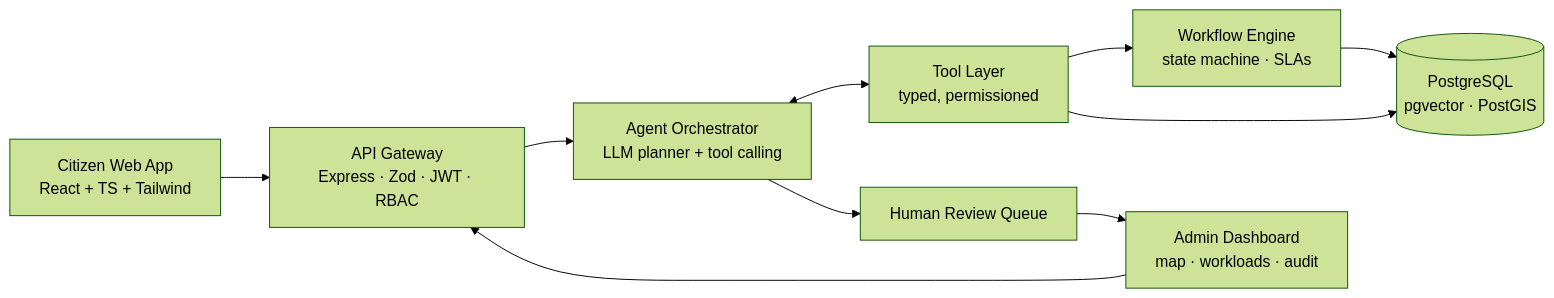
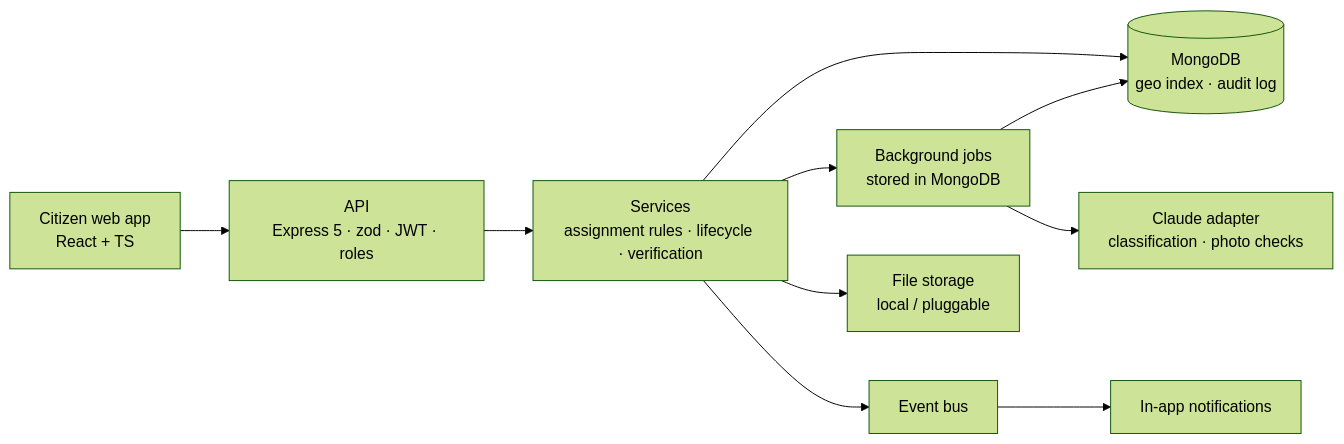
Before and after one commit to vikash-saini-000/civicfix: the diagram in README.md, drawn with Mermaid (forest theme). The commit also changed other lines of this file and 58 other files, not shown here.

Commit message:
feat(server): add assignment, work orders, evidence, verification, disputes, notifications, audit API, dashboards and deployment readiness

````diff
--- a/README.md
+++ b/README.md
@@ -35,12 +38,11 @@
 ```mermaid
 flowchart LR
-    C[Citizen Web App<br/>React + TS + Tailwind] --> A[API Gateway<br/>Express · Zod · JWT · RBAC]
-    A --> O[Agent Orchestrator<br/>LLM planner + tool calling]
-    O <--> T[Tool Layer<br/>typed, permissioned]
-    T --> W[Workflow Engine<br/>state machine · SLAs]
-    T --> DB[(PostgreSQL<br/>pgvector · PostGIS)]
-    W --> DB
-    O --> H[Human Review Queue]
-    H --> D[Admin Dashboard<br/>map · workloads · audit]
-    D --> A
+    C[Citizen web app<br/>React + TS] --> A[API<br/>Express 5 · zod · JWT · roles]
+    A --> S[Services<br/>assignment rules · lifecycle · verification]
+    S --> DB[(MongoDB<br/>geo index · audit log)]
+    S --> J[Background jobs<br/>stored in MongoDB]
+    J --> AI[Claude adapter<br/>classification · photo checks]
+    J --> DB
+    S --> E[Event bus] --> N[In-app notifications]
+    S --> F[File storage<br/>local / pluggable]
 ```
````
